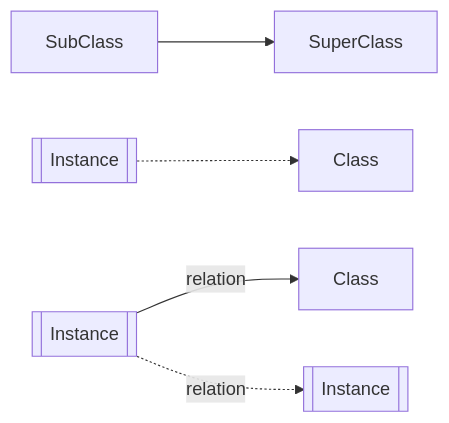
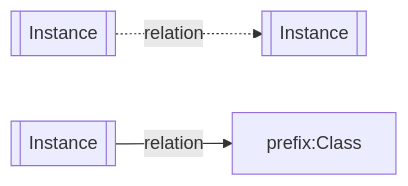
The third of 17 diagrams in JPS_Ontology/ontology/ontowastemanagement/README.md (cambridge-cares/TheWorldAvatar), drawn with Mermaid before and after one commit. The commit also changed other lines of this file and 2 other files, not shown here.

````diff
--- a/JPS_Ontology/ontology/ontowastemanagement/README.md
+++ b/JPS_Ontology/ontology/ontowastemanagement/README.md
@@ -43,7 +58,5 @@
 ```mermaid
 flowchart LR
-    subclass[SubClass] --> superclass[SuperClass]
-    instance[[Instance]] -.-> clazz[Class]
-    domainInst[[Instance]] -- relation --> rangeClazz[Class]
-    domainInst -. relation .-> rangeInst[[Instance]]
+    Inst[[Instance]] -. relation .-> rangeInst[[Instance]]
+    domainInst[[Instance]] -- relation --> rangeClazz[prefix:Class]
 ```
````
